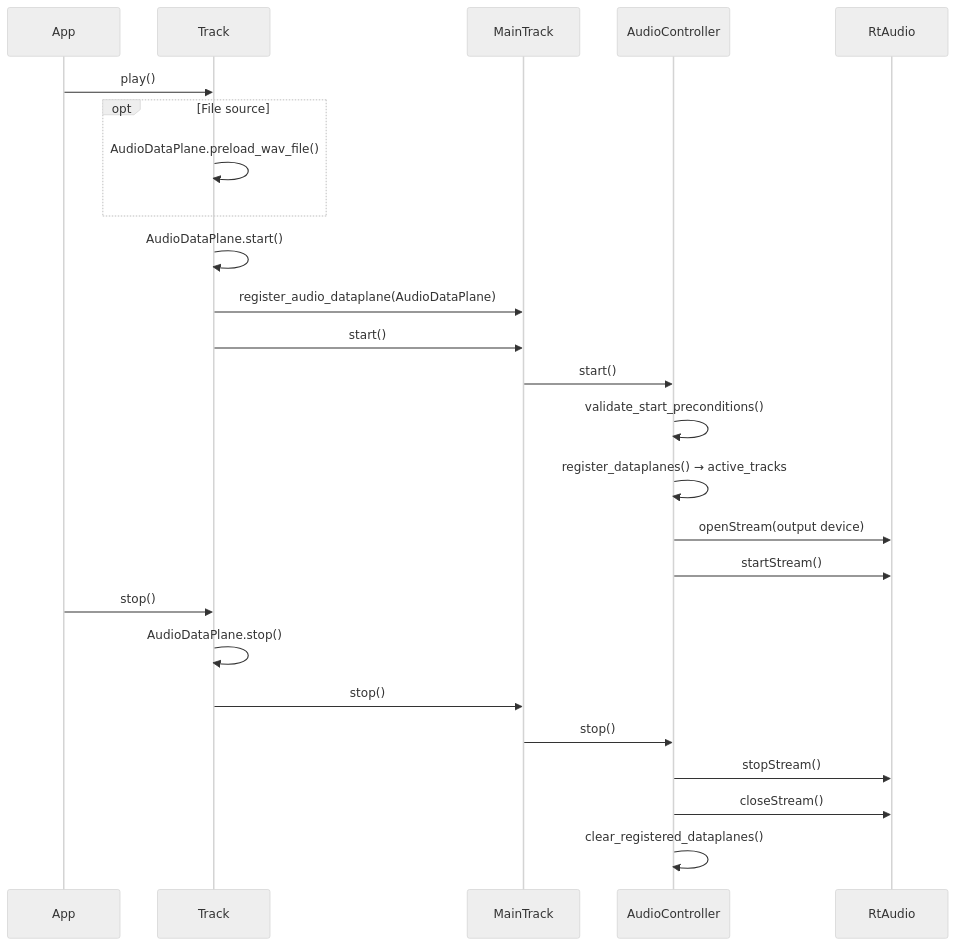
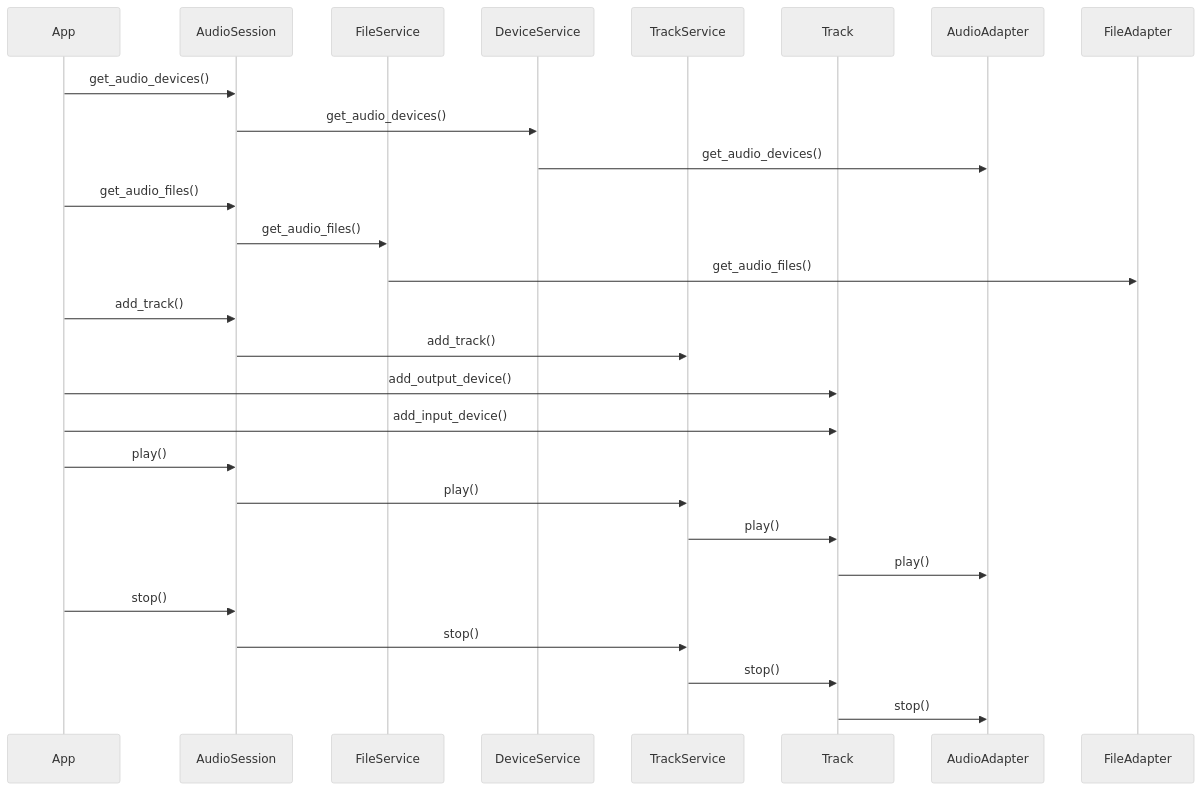
One commit to aidan-clyens/miniaudioengine changed diagram 14 of 21 in docs/DESIGN_DOC.md. Above: the diagram before and after it, drawn with Mermaid (neutral theme). The commit also changed other lines of this file, not shown here.

````diff
--- a/docs/DESIGN_DOC.md
+++ b/docs/DESIGN_DOC.md
@@ -558,31 +535,36 @@
 ```mermaid
 sequenceDiagram
 
     participant App
+    participant AudioSession
+    participant FileService
+    participant DeviceService
+    participant TrackService
     participant Track
-    participant MainTrack
-    participant AudioController
-    participant RtAudio
+    participant AudioAdapter
+    participant FileAdapter
 
-    App->>Track: play()
+    App->>AudioSession: get_audio_devices()
+    AudioSession->>DeviceService: get_audio_devices()
+    DeviceService->>AudioAdapter: get_audio_devices()
 
-    opt File source
-        Track->>Track: AudioDataPlane.preload_wav_file()
-    end
-    Track->>Track: AudioDataPlane.start()
-    Track->>MainTrack: register_audio_dataplane(AudioDataPlane)
-    Track->>MainTrack: start()
-    MainTrack->>AudioController: start()
-    AudioController->>AudioController: validate_start_preconditions()
-    AudioController->>AudioController: register_dataplanes() → active_tracks
-    AudioController->>RtAudio: openStream(output device)
-    AudioController->>RtAudio: startStream()
+    App->>AudioSession: get_audio_files()
+    AudioSession->>FileService: get_audio_files()
+    FileService->>FileAdapter: get_audio_files()
 
-    App->>Track: stop()
-    Track->>Track: AudioDataPlane.stop()
-    Track->>MainTrack: stop()
-    MainTrack->>AudioController: stop()
-    AudioController->>RtAudio: stopStream()
-    AudioController->>RtAudio: closeStream()
-    AudioController->>AudioController: clear_registered_dataplanes()
+    App->>AudioSession: add_track()
+    AudioSession->>TrackService: add_track()
+
+    App->>Track: add_output_device()
+    App->>Track: add_input_device()
+
+    App->>AudioSession: play()
+    AudioSession->>TrackService: play()
+    TrackService->>Track: play()
+    Track->>AudioAdapter: play()
+
+    App->>AudioSession: stop()
+    AudioSession->>TrackService: stop()
+    TrackService->>Track: stop()
+    Track->>AudioAdapter: stop()
 ```
````
